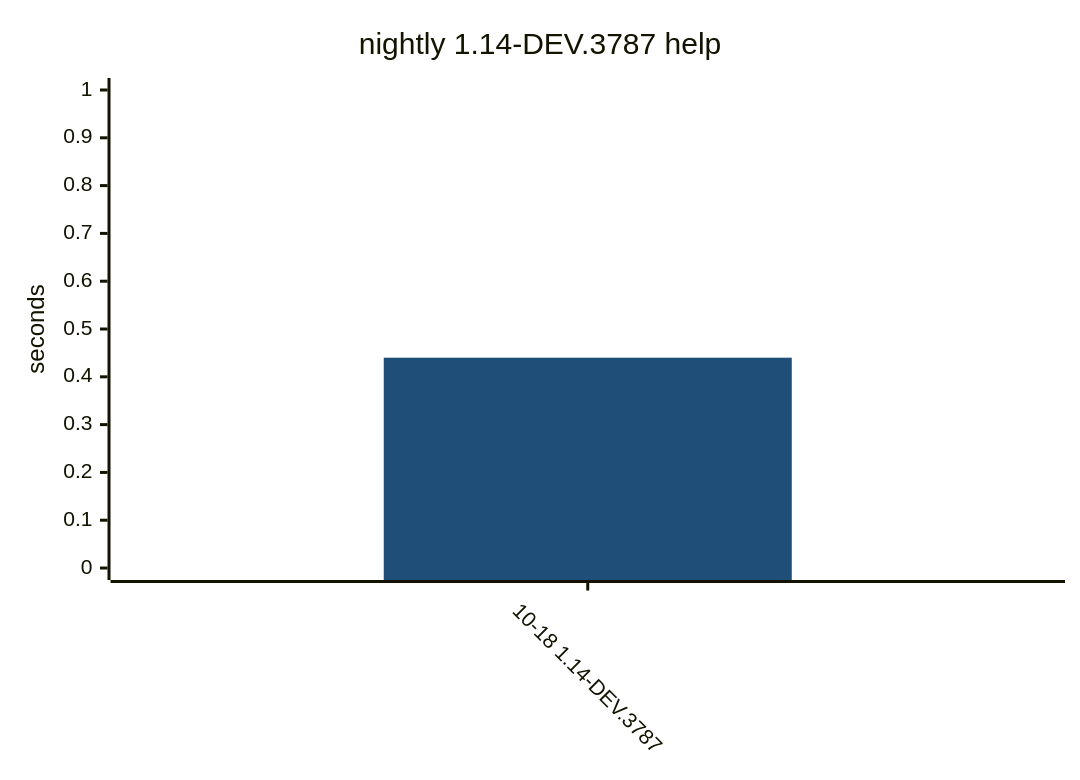
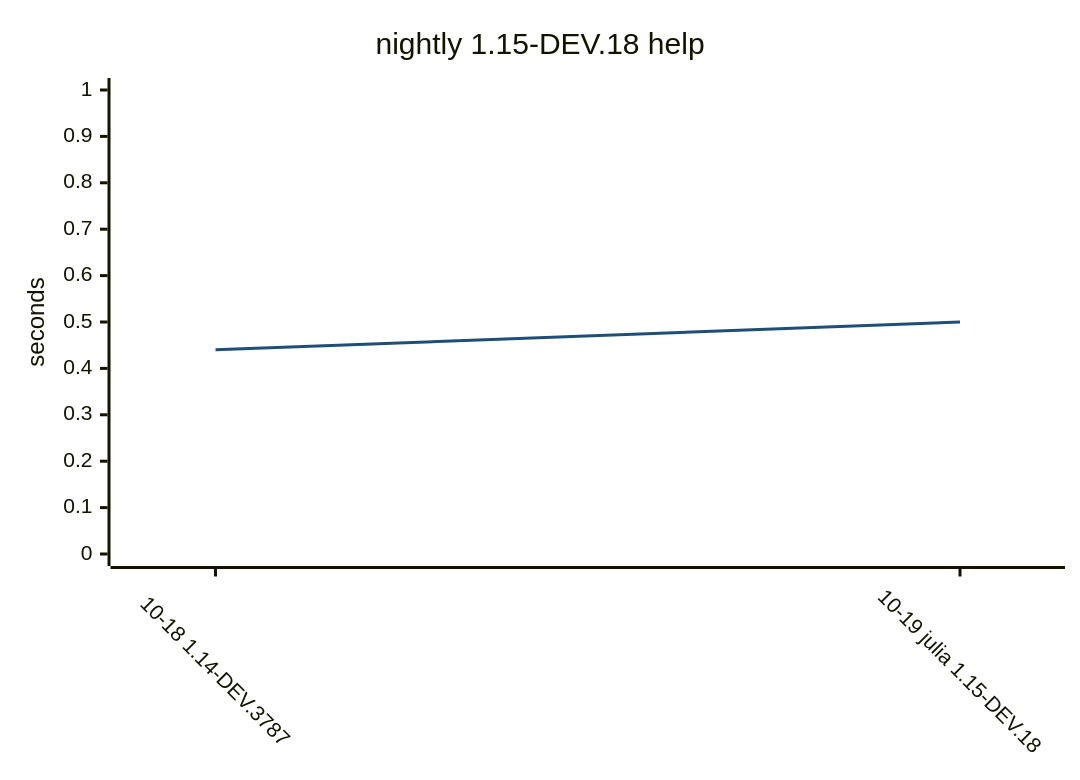
One commit to yamanori99/DistSSHKit.jl changed the ninth of 12 diagrams in README.md. Above: the diagram before and after it, drawn with Mermaid. The commit also changed other lines of this file and 1 other file, not shown here.

Commit message:
Record compile bench for nightly.

````diff
--- a/README.md
+++ b/README.md
@@ -302,17 +304,17 @@
 ```mermaid
 ---
 config:
   theme: base
   themeVariables:
     xyChart:
       plotColorPalette: "#1f4e79"
   xyChart:
     xAxis:
       labelRotation: 45
 ---
 xychart-beta
-    title "nightly 1.14-DEV.3787 help"
-    x-axis ["10-18 1.14-DEV.3787"]
+    title "nightly 1.15-DEV.18 help"
+    x-axis ["10-18 1.14-DEV.3787", "10-19 julia 1.15-DEV.18"]
     y-axis "seconds" 0 --> 1
-    bar [0.44]
+    line [0.44, 0.5]
 ```
````
